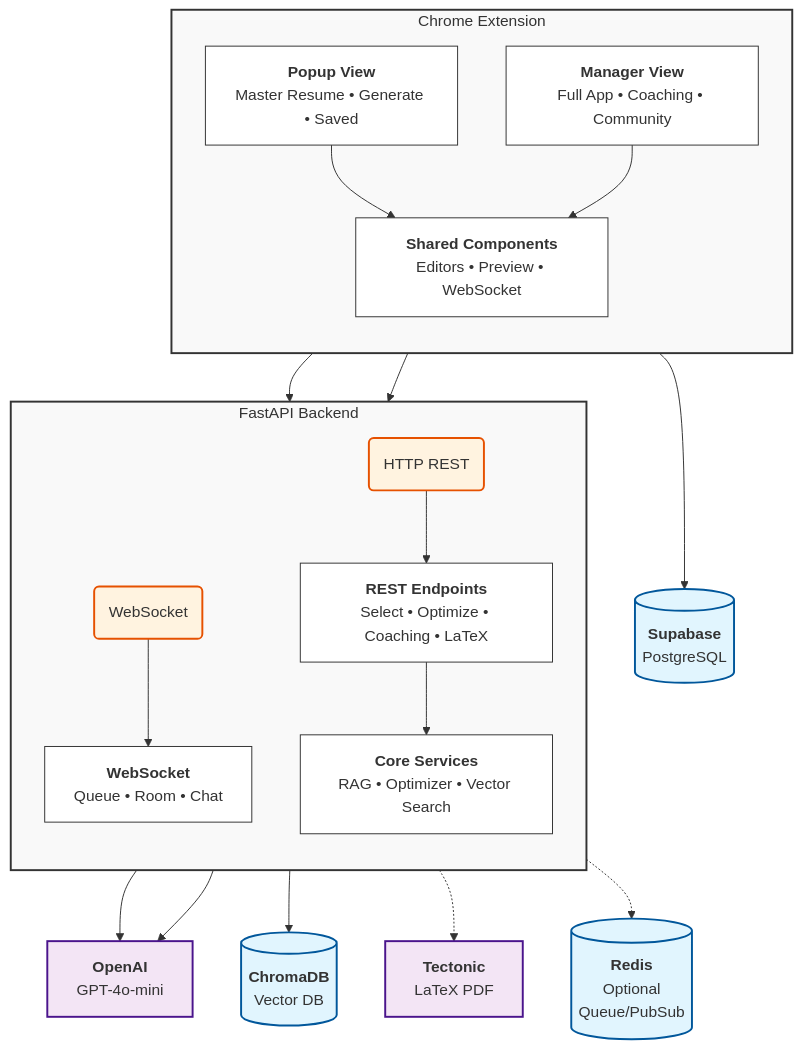
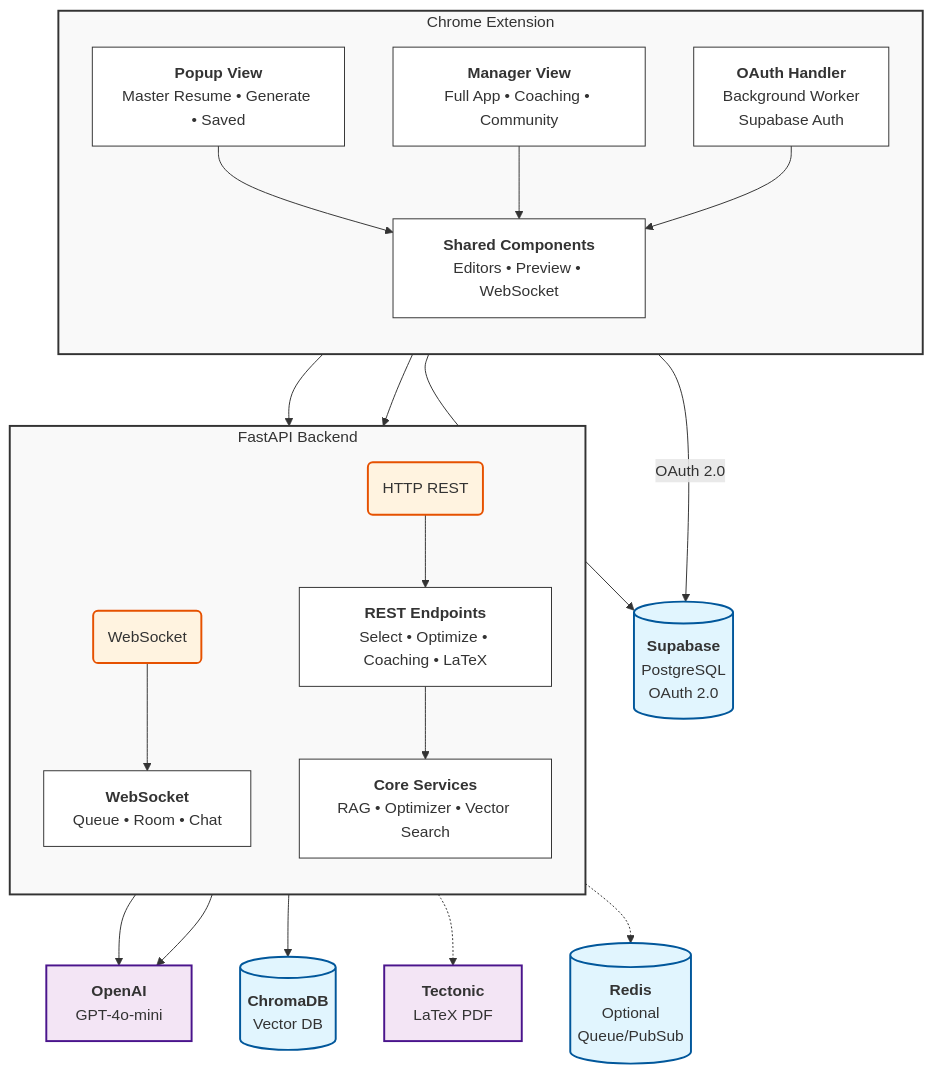
One commit to georgehtliu/Resumax changed the diagram in architecture-diagram.mmd. Above: the diagram before and after it, drawn with Mermaid. The commit also changed 1 other file, not shown here.

```diff
--- a/architecture-diagram.mmd
+++ b/architecture-diagram.mmd
@@ -1,55 +1,58 @@
 graph TD
     %% Styling Definitions %%
     classDef container fill:#f9f9f9,stroke:#333,stroke-width:2px;
     classDef component fill:#fff,stroke:#333,stroke-width:1px;
     classDef database fill:#e1f5fe,stroke:#01579b,stroke-width:2px,rx:5,ry:5;
     classDef external fill:#f3e5f5,stroke:#4a148c,stroke-width:2px;
     classDef connector fill:#fff3e0,stroke:#e65100,stroke-width:2px,shape:circle;
 
     %% --- CHROME EXTENSION (CLIENT) --- %%
     subgraph Client ["Chrome Extension"]
         direction TB
         Popup["<b>Popup View</b><br>Master Resume • Generate • Saved"]:::component
         Manager["<b>Manager View</b><br>Full App • Coaching • Community"]:::component
         Components["<b>Shared Components</b><br>Editors • Preview • WebSocket"]:::component
+        Auth["<b>OAuth Handler</b><br>Background Worker<br>Supabase Auth"]:::component
         
         Popup --> Components
         Manager --> Components
+        Auth --> Components
     end
     class Client container
 
     %% --- COMMUNICATION LAYER --- %%
     HTTP(HTTP REST):::connector
     WS(WebSocket):::connector
 
     Components --> HTTP
     Components --> WS
 
     %% --- BACKEND API --- %%
     subgraph Server ["FastAPI Backend"]
         direction TB
         
         REST["<b>REST Endpoints</b><br>Select • Optimize • Coaching • LaTeX"]:::component
         Core["<b>Core Services</b><br>RAG • Optimizer • Vector Search"]:::component
         WS_Layer["<b>WebSocket</b><br>Queue • Room • Chat"]:::component
 
         HTTP --> REST
         WS --> WS_Layer
         REST --> Core
     end
     class Server container
 
     %% --- EXTERNAL SERVICES & DATA --- %%
     OpenAI["<b>OpenAI</b><br>GPT-4o-mini"]:::external
-    Supabase[("<b>Supabase</b><br>PostgreSQL")]:::database
+    Supabase[("<b>Supabase</b><br>PostgreSQL<br>OAuth 2.0")]:::database
     ChromaDB[("<b>ChromaDB</b><br>Vector DB")]:::database
     Tectonic["<b>Tectonic</b><br>LaTeX PDF"]:::external
     Redis[("<b>Redis</b><br>Optional<br>Queue/PubSub")]:::database
 
     %% --- CROSS-SYSTEM CONNECTIONS --- %%
     Core --> OpenAI
     Core --> ChromaDB
     REST --> OpenAI
     Components --> Supabase
+    Auth -->|OAuth 2.0| Supabase
     REST -.-> Tectonic
     WS_Layer -.-> Redis
```
